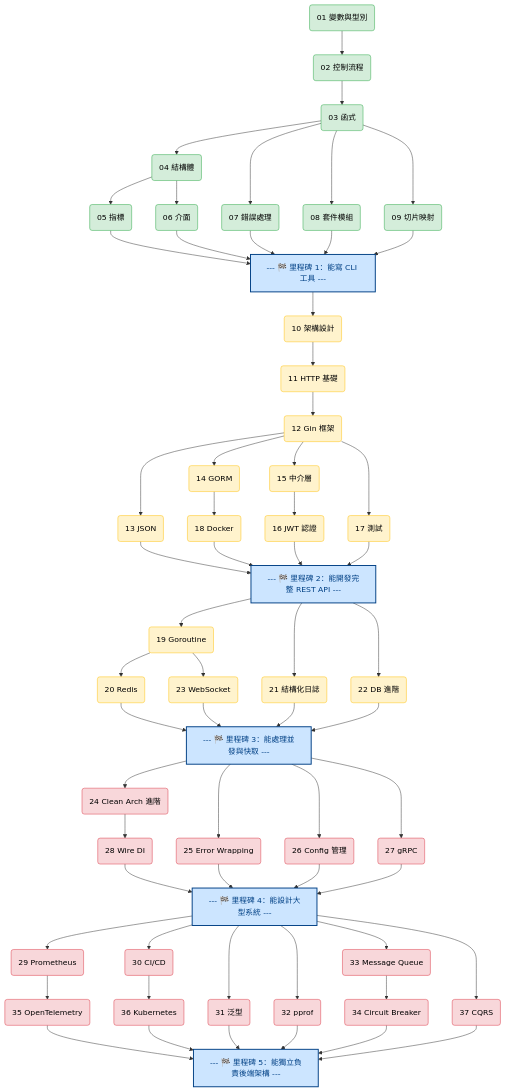
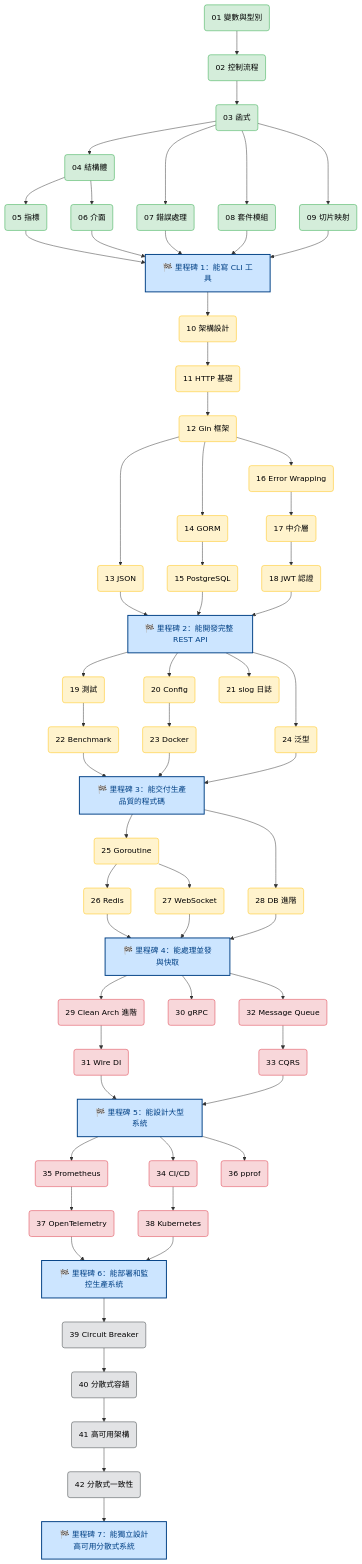
The first of 2 diagrams in ROADMAP.md (ChecheHuang/go-tutorials), drawn with Mermaid before and after one commit. The commit also changed other lines of this file, not shown here.

First line of the commit message:
docs: 重寫 ROADMAP.md 配合新的 42 課順序

````diff
--- a/ROADMAP.md
+++ b/ROADMAP.md
@@ -57,6 +66,7 @@
     classDef beginner fill:#d4edda,stroke:#28a745,color:#000
     classDef intermediate fill:#fff3cd,stroke:#ffc107,color:#000
     classDef advanced fill:#f8d7da,stroke:#dc3545,color:#000
+    classDef staff fill:#e2e3e5,stroke:#383d41,color:#000
     classDef milestone fill:#cce5ff,stroke:#004085,color:#004085,stroke-width:2px
 
     L01("01 變數與型別"):::beginner
@@ -77,8 +87,7 @@
     L04 --> L05
     L04 --> L06
 
-    M1["--- 🏁 里程碑 1：能寫 CLI 工具 ---"]:::milestone
-
+    M1["🏁 里程碑 1：能寫 CLI 工具"]:::milestone
     L05 --> M1
     L06 --> M1
     L07 --> M1
@@ -90,90 +99,100 @@
     L12("12 Gin 框架"):::intermediate
     L13("13 JSON"):::intermediate
     L14("14 GORM"):::intermediate
-    L15("15 中介層"):::intermediate
-    L16("16 JWT 認證"):::intermediate
-    L17("17 測試"):::intermediate
-    L18("18 Docker"):::intermediate
+    L15("15 PostgreSQL"):::intermediate
+    L16("16 Error Wrapping"):::intermediate
+    L17("17 中介層"):::intermediate
+    L18("18 JWT 認證"):::intermediate
 
     M1 --> L10 --> L11 --> L12
     L12 --> L13
     L12 --> L14
-    L12 --> L15
-    L12 --> L17
-    L15 --> L16
-    L14 --> L18
+    L14 --> L15
+    L12 --> L16
+    L16 --> L17
+    L17 --> L18
 
-    M2["--- 🏁 里程碑 2：能開發完整 REST API ---"]:::milestone
-
+    M2["🏁 里程碑 2：能開發完整 REST API"]:::milestone
     L13 --> M2
-    L16 --> M2
-    L17 --> M2
+    L15 --> M2
     L18 --> M2
 
-    L19("19 Goroutine"):::intermediate
-    L20("20 Redis"):::intermediate
-    L21("21 結構化日誌"):::intermediate
-    L22("22 DB 進階"):::intermediate
-    L23("23 WebSocket"):::intermediate
+    L19("19 測試"):::intermediate
+    L20("20 Config"):::intermediate
+    L21("21 slog 日誌"):::intermediate
+    L22("22 Benchmark"):::intermediate
+    L23("23 Docker"):::intermediate
+    L24("24 泛型"):::intermediate
 
     M2 --> L19
+    M2 --> L20
     M2 --> L21
-    M2 --> L22
-    L19 --> L20
-    L19 --> L23
+    L19 --> L22
+    L20 --> L23
+    M2 --> L24
 
-    M3["--- 🏁 里程碑 3：能處理並發與快取 ---"]:::milestone
-
-    L20 --> M3
-    L21 --> M3
+    M3["🏁 里程碑 3：能交付生產品質的程式碼"]:::milestone
     L22 --> M3
     L23 --> M3
+    L24 --> M3
 
-    L24("24 Clean Arch 進階"):::advanced
-    L25("25 Error Wrapping"):::advanced
-    L26("26 Config 管理"):::advanced
-    L27("27 gRPC"):::advanced
-    L28("28 Wire DI"):::advanced
+    L25("25 Goroutine"):::intermediate
+    L26("26 Redis"):::intermediate
+    L27("27 WebSocket"):::intermediate
+    L28("28 DB 進階"):::intermediate
 
-    M3 --> L24
     M3 --> L25
-    M3 --> L26
-    M3 --> L27
-    L24 --> L28
+    L25 --> L26
+    L25 --> L27
+    M3 --> L28
 
-    M4["--- 🏁 里程碑 4：能設計大型系統 ---"]:::milestone
-
-    L25 --> M4
+    M4["🏁 里程碑 4：能處理並發與快取"]:::milestone
     L26 --> M4
     L27 --> M4
     L28 --> M4
 
-    L29("29 Prometheus"):::advanced
-    L30("30 CI/CD"):::advanced
-    L31("31 泛型"):::advanced
-    L32("32 pprof"):::advanced
-    L33("33 Message Queue"):::advanced
-    L34("34 Circuit Breaker"):::advanced
-    L35("35 OpenTelemetry"):::advanced
-    L36("36 Kubernetes"):::advanced
-    L37("37 CQRS"):::advanced
+    L29("29 Clean Arch 進階"):::advanced
+    L30("30 gRPC"):::advanced
+    L31("31 Wire DI"):::advanced
+    L32("32 Message Queue"):::advanced
+    L33("33 CQRS"):::advanced
 
     M4 --> L29
     M4 --> L30
-    M4 --> L31
+    L29 --> L31
     M4 --> L32
-    M4 --> L33
-    M4 --> L37
-    L29 --> L35
-    L30 --> L36
-    L33 --> L34
+    L32 --> L33
 
-    M5["--- 🏁 里程碑 5：能獨立負責後端架構 ---"]:::milestone
+    M5["🏁 里程碑 5：能設計大型系統"]:::milestone
+    L31 --> M5
+    L33 --> M5
 
-    L31 --> M5
-    L32 --> M5
-    L34 --> M5
-    L35 --> M5
-    L36 --> M5
-    L37 --> M5
+    L34("34 CI/CD"):::advanced
+    L35("35 Prometheus"):::advanced
+    L36("36 pprof"):::advanced
+    L37("37 OpenTelemetry"):::advanced
+    L38("38 Kubernetes"):::advanced
+
+    M5 --> L34
+    M5 --> L35
+    M5 --> L36
+    L35 --> L37
+    L34 --> L38
+
+    M6["🏁 里程碑 6：能部署和監控生產系統"]:::milestone
+    L37 --> M6
+    L38 --> M6
+
+    L39("39 Circuit Breaker"):::staff
+    L40("40 分散式容錯"):::staff
+    L41("41 高可用架構"):::staff
+    L42("42 分散式一致性"):::staff
+
+    M6 --> L39
+    L39 --> L40
+    L40 --> L41
+    L41 --> L42
+
+    M7["🏁 里程碑 7：能獨立設計高可用分散式系統"]:::milestone
+    L42 --> M7
 ```
````
